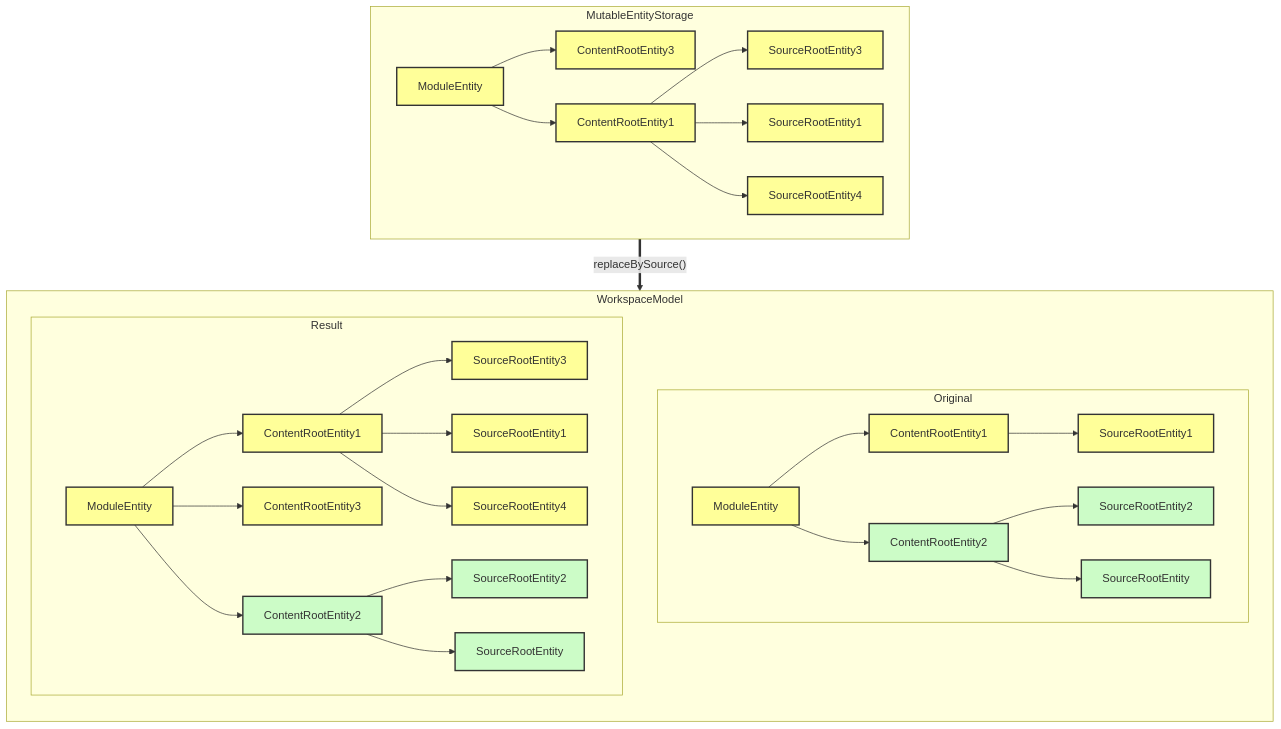
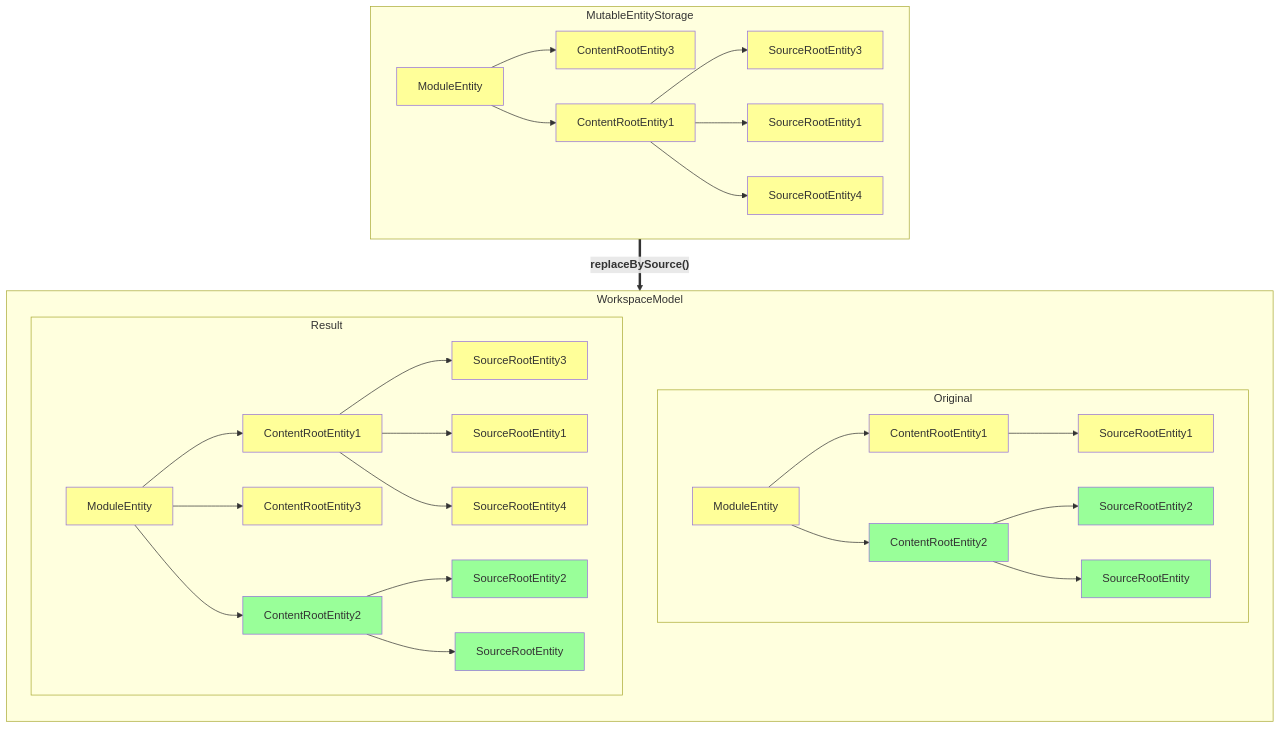
The second of 2 diagrams in topics/reference_guide/workspace_model/workspace_model_entity_mutation.md (JetBrains/intellij-sdk-docs), drawn with Mermaid before and after one commit. The commit also changed other lines of this file, not shown here.

Commit message:
workspace_model_entity_mutation.md: cleanup graphs

````diff
--- a/topics/reference_guide/workspace_model/workspace_model_entity_mutation.md
+++ b/topics/reference_guide/workspace_model/workspace_model_entity_mutation.md
@@ -226,77 +226,77 @@
 ```mermaid
 flowchart
     subgraph WorkspaceModel
         direction TB
         subgraph Original
             aa[ModuleEntity]
             bb[ContentRootEntity1]
             cc[ContentRootEntity2]
             dd[SourceRootEntity1]
             ee[SourceRootEntity2]
             ff[SourceRootEntity]
             aa --> bb
             aa --> cc
             bb --> dd
             cc --> ee
             cc --> ff
-            style aa fill: #FF9, stroke: #333, stroke-width: 2px
-            style bb fill: #FF9, stroke: #333, stroke-width: 2px
-            style dd fill: #FF9, stroke: #333, stroke-width: 2px
-            style cc fill: #CCFCC7, stroke: #333, stroke-width: 2px
-            style ee fill: #CCFCC7, stroke: #333, stroke-width: 2px
-            style ff fill: #CCFCC7, stroke: #333, stroke-width: 2px
+            style aa fill: #FF9
+            style bb fill: #FF9
+            style dd fill: #FF9
+            style cc fill: #9F9
+            style ee fill: #9F9
+            style ff fill: #9F9
         end
 
         subgraph Result
             gg[ModuleEntity]
             hh[ContentRootEntity1]
             ii[ContentRootEntity3]
             jj[ContentRootEntity2]
             kk[SourceRootEntity]
             ll[SourceRootEntity1]
             mm[SourceRootEntity2]
             nn[SourceRootEntity3]
             oo[SourceRootEntity4]
             gg --> hh
             gg --> ii
             gg --> jj
             hh --> nn
             hh --> ll
             hh --> oo
             jj --> mm
             jj --> kk
-            style gg fill: #FF9, stroke: #333, stroke-width: 2px
-            style hh fill: #FF9, stroke: #333, stroke-width: 2px
-            style nn fill: #FF9, stroke: #333, stroke-width: 2px
-            style ll fill: #FF9, stroke: #333, stroke-width: 2px
-            style oo fill: #FF9, stroke: #333, stroke-width: 2px
-            style ii fill: #FF9, stroke: #333, stroke-width: 2px
-            style jj fill: #CCFCC7, stroke: #333, stroke-width: 2px
-            style mm fill: #CCFCC7, stroke: #333, stroke-width: 2px
-            style kk fill: #CCFCC7, stroke: #333, stroke-width: 2px
+            style gg fill: #FF9
+            style hh fill: #FF9
+            style nn fill: #FF9
+            style ll fill: #FF9
+            style oo fill: #FF9
+            style ii fill: #FF9
+            style jj fill: #9F9
+            style mm fill: #9F9
+            style kk fill: #9F9
         end
 
     end
 
     subgraph MutableEntityStorage
         a[ModuleEntity]
         b[ContentRootEntity3]
         d[ContentRootEntity1]
         e[SourceRootEntity1]
         k[SourceRootEntity3]
         f[SourceRootEntity4]
         a --> b
         a --> d
         d --> k
         d --> e
         d --> f
-        style a fill: #FF9, stroke: #333, stroke-width: 2px
-        style b fill: #FF9, stroke: #333, stroke-width: 2px
-        style d fill: #FF9, stroke: #333, stroke-width: 2px
-        style k fill: #FF9, stroke: #333, stroke-width: 2px
-        style e fill: #FF9, stroke: #333, stroke-width: 2px
-        style f fill: #FF9, stroke: #333, stroke-width: 2px
+        style a fill: #FF9
+        style b fill: #FF9
+        style d fill: #FF9
+        style k fill: #FF9
+        style e fill: #FF9
+        style f fill: #FF9
 
     end
-    MutableEntityStorage ==  "replaceBySource()"  ==> Original
+    MutableEntityStorage ==  "`**replaceBySource()**`"  ==> Original
 ```
````
